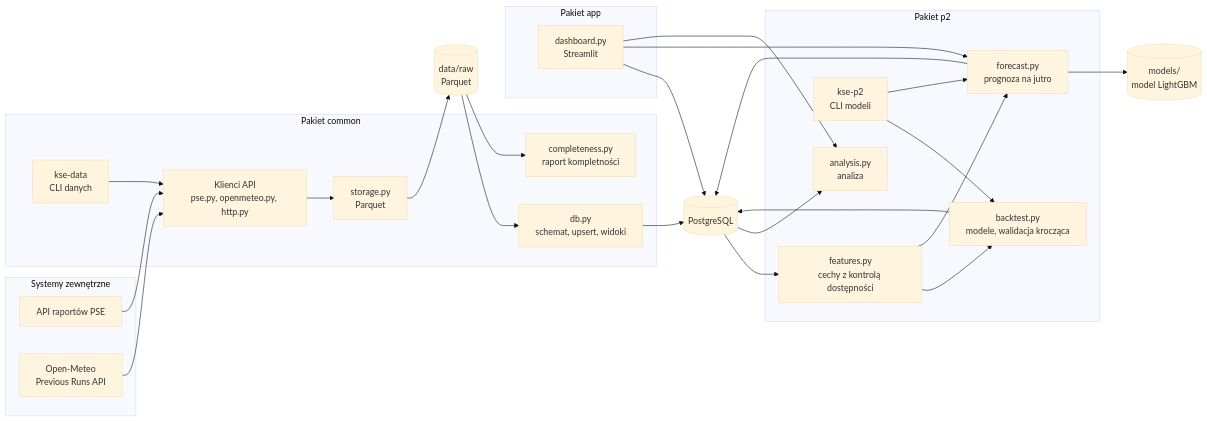
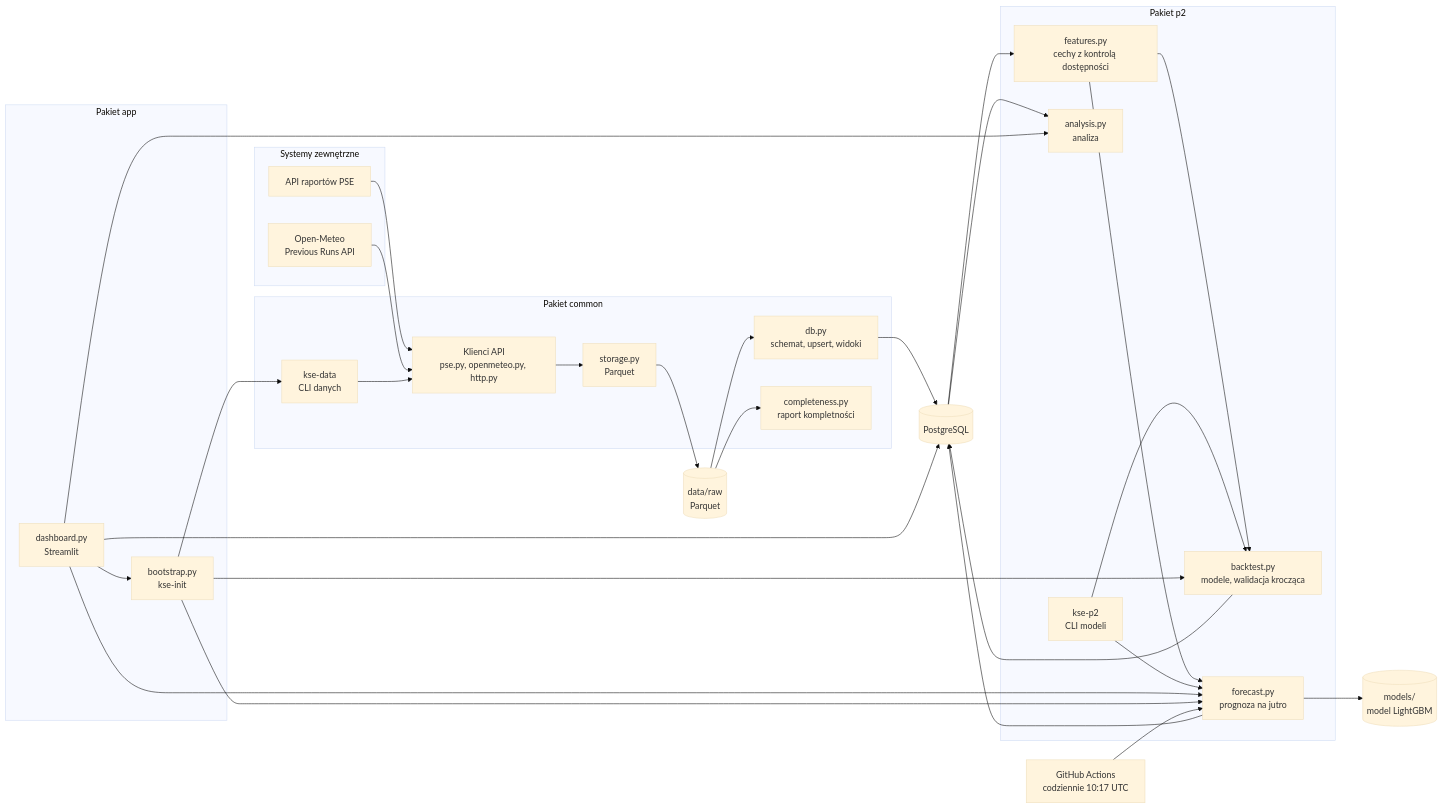
One commit to Poted/kse-forecasting changed the first of 4 diagrams in docs/P2/02_architektura.md. Above: the diagram before and after it, drawn with Mermaid (base theme). The commit also changed other lines of this file and 7 other files, not shown here.

First line of the commit message:
P2.7: dokumentacja P2 zaktualizowana (chmura, prognoza automatyczna, historia prognoz, kse-init)

````diff
--- a/docs/P2/02_architektura.md
+++ b/docs/P2/02_architektura.md
@@ -4,42 +4,49 @@
 ```mermaid
 flowchart LR
     subgraph ext[Systemy zewnętrzne]
         PSE[API raportów PSE]
         OM[Open-Meteo<br/>Previous Runs API]
     end
     subgraph common[Pakiet common]
         CLI1[kse-data<br/>CLI danych]
         CL[Klienci API<br/>pse.py, openmeteo.py, http.py]
         ST[storage.py<br/>Parquet]
         DB[db.py<br/>schemat, upsert, widoki]
         CMP[completeness.py<br/>raport kompletności]
     end
     subgraph p2[Pakiet p2]
         FE[features.py<br/>cechy z kontrolą dostępności]
         BT[backtest.py<br/>modele, walidacja krocząca]
         FC[forecast.py<br/>prognoza na jutro]
         AN[analysis.py<br/>analiza]
         CLI2[kse-p2<br/>CLI modeli]
     end
     subgraph app[Pakiet app]
         DASH[dashboard.py<br/>Streamlit]
+        INIT[bootstrap.py<br/>kse-init]
     end
+    GHA[GitHub Actions<br/>codziennie 10:17 UTC]
     RAW[(data/raw<br/>Parquet)]
     PG[(PostgreSQL)]
     MOD[(models/<br/>model LightGBM)]
 
     PSE --> CL
     OM --> CL
     CLI1 --> CL --> ST --> RAW
     RAW --> DB --> PG
     RAW --> CMP
     PG --> FE --> BT
     FE --> FC
     CLI2 --> BT --> PG
     CLI2 --> FC --> PG
     FC --> MOD
     PG --> AN
     DASH --> PG
     DASH --> FC
     DASH --> AN
+    INIT --> CLI1
+    INIT --> BT
+    INIT --> FC
+    DASH --> INIT
+    GHA --> FC
 ```
````
